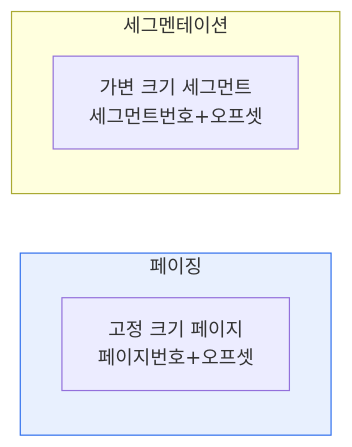
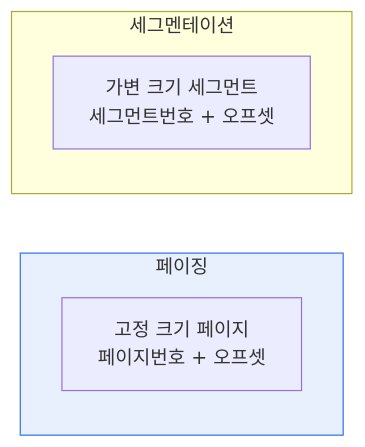
One commit to coninggu/wjdqhrhksflrltnftk changed the diagram in content/paging-vs-segmentation.md. Above: the diagram before and after it, drawn with Mermaid. The commit also changed other lines of this file and 5 other files, not shown here.

````diff
--- a/content/paging-vs-segmentation.md
+++ b/content/paging-vs-segmentation.md
@@ -12,10 +15,10 @@
 ```mermaid
 flowchart LR
   subgraph P["페이징"]
-    P1["고정 크기 페이지<br/>페이지번호+오프셋"]
+    P1["고정 크기 페이지<br/>페이지번호 + 오프셋"]
   end
   subgraph S["세그멘테이션"]
-    S1["가변 크기 세그먼트<br/>세그먼트번호+오프셋"]
+    S1["가변 크기 세그먼트<br/>세그먼트번호 + 오프셋"]
   end
   style P fill:#e8f0fe,stroke:#2f6fed
 ```
````
